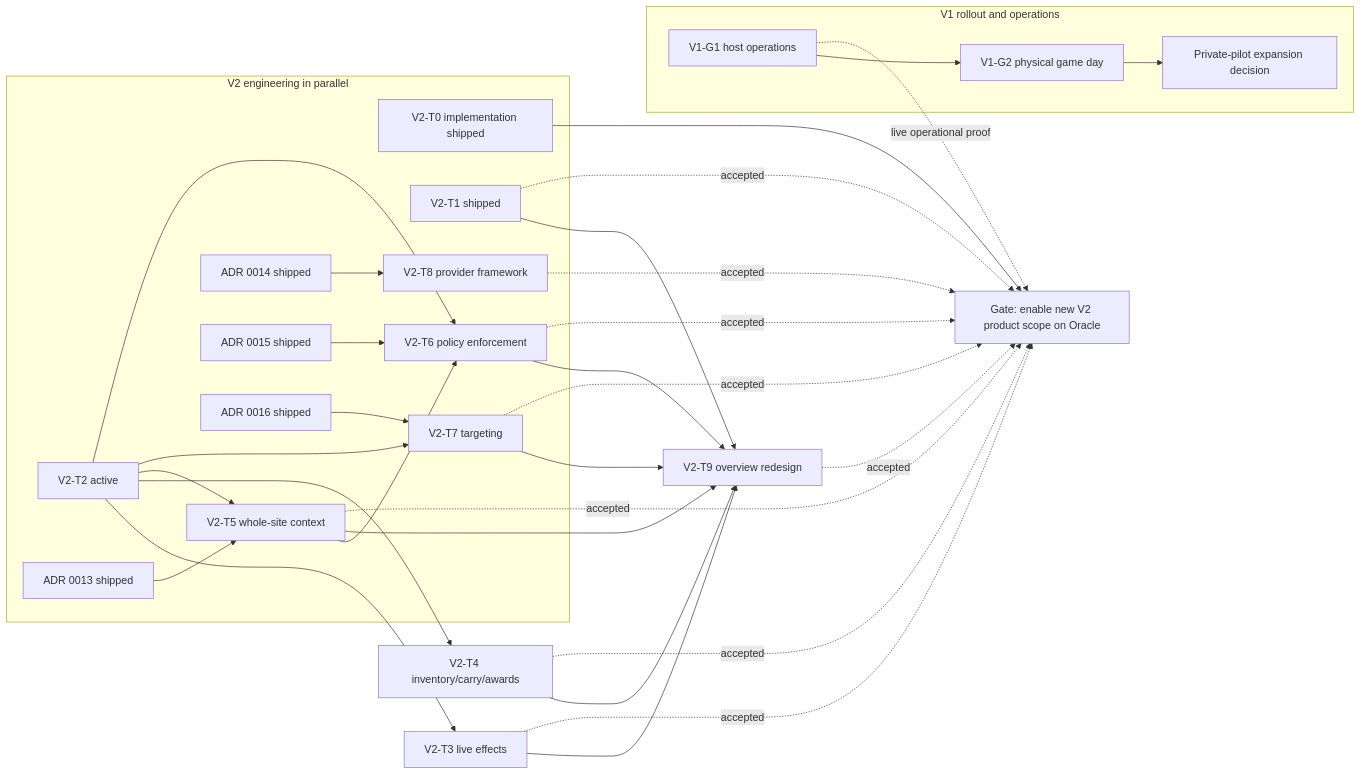
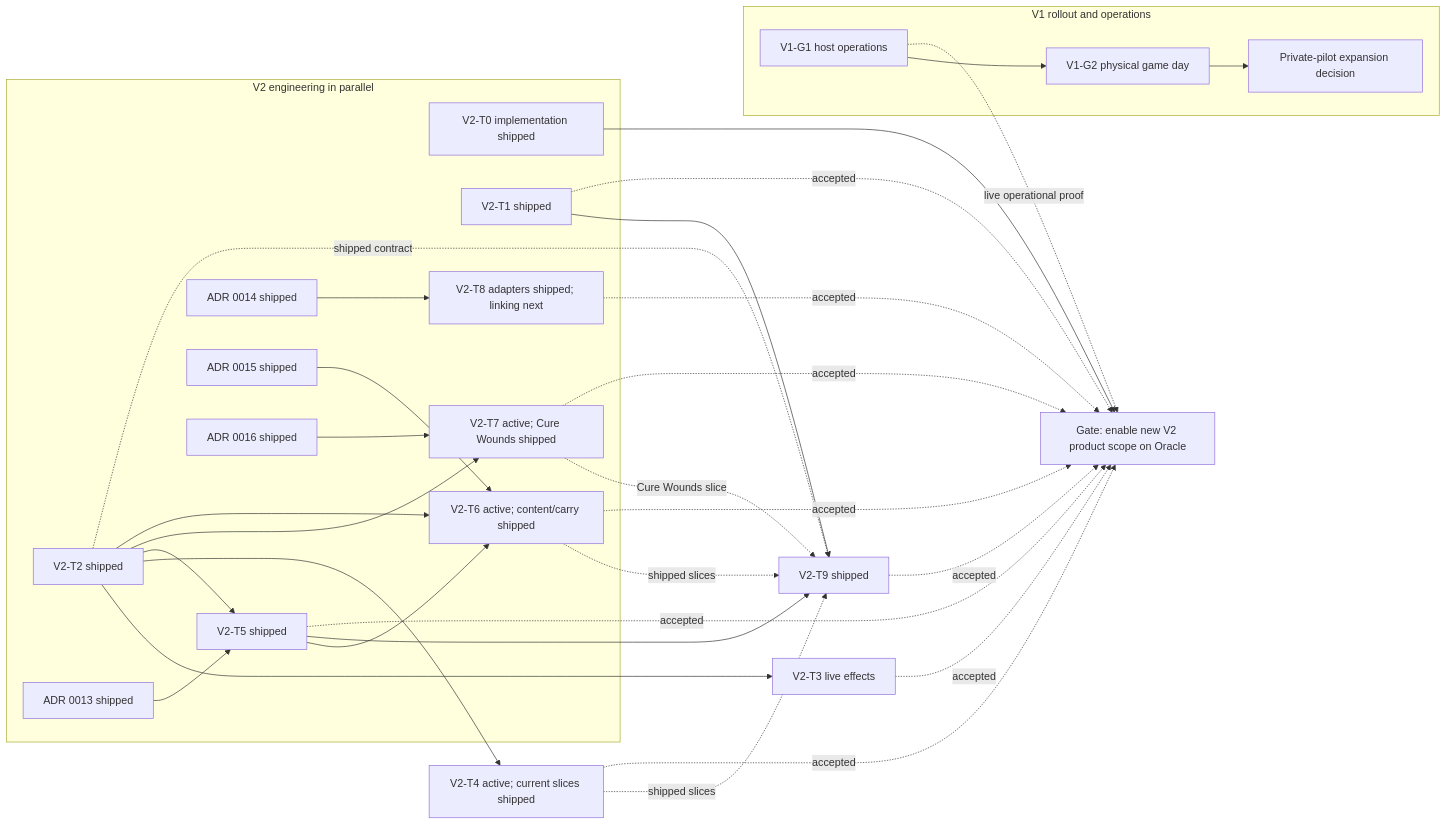
The diagram in docs/hub/roadmap.md (TrueMichato/ThelemarTools), drawn with Mermaid before and after one commit. The commit also changed other lines of this file and 10 other files, not shown here.

````diff
--- a/docs/hub/roadmap.md
+++ b/docs/hub/roadmap.md
@@ -453,38 +496,38 @@
 ```mermaid
 flowchart LR
   subgraph Rollout[V1 rollout and operations]
     G1[V1-G1 host operations] --> G2[V1-G2 physical game day]
     G2 --> GO[Private-pilot expansion decision]
   end
   subgraph Engineering[V2 engineering in parallel]
     T0[V2-T0 implementation shipped]
     T1[V2-T1 shipped]
-    T2[V2-T2 active]
-    P13[ADR 0013 shipped] --> T5[V2-T5 whole-site context]
-    P14[ADR 0014 shipped] --> T8[V2-T8 provider framework]
-    P15[ADR 0015 shipped] --> T6[V2-T6 policy enforcement]
-    P16[ADR 0016 shipped] --> T7[V2-T7 targeting]
+    T2[V2-T2 shipped]
+    P13[ADR 0013 shipped] --> T5[V2-T5 shipped]
+    P14[ADR 0014 shipped] --> T8[V2-T8 adapters shipped; linking next]
+    P15[ADR 0015 shipped] --> T6[V2-T6 active; content/carry shipped]
+    P16[ADR 0016 shipped] --> T7[V2-T7 active; Cure Wounds shipped]
   end
   T2 --> T3[V2-T3 live effects]
-  T2 --> T4[V2-T4 inventory/carry/awards]
+  T2 --> T4[V2-T4 active; current slices shipped]
   T2 --> T5
-  T2 --> T7[V2-T7 targeting]
+  T2 --> T7
   T5 --> T6
   T2 --> T6
-  T1 --> T9[V2-T9 overview redesign]
-  T3 --> T9
-  T4 --> T9
+  T1 --> T9[V2-T9 shipped]
+  T2 -. shipped contract .-> T9
+  T4 -. shipped slices .-> T9
   T5 --> T9
-  T6 --> T9
-  T7 --> T9
+  T6 -. shipped slices .-> T9
+  T7 -. Cure Wounds slice .-> T9
   T0 --> ENABLE[Gate: enable new V2 product scope on Oracle]
   T1 -. accepted .-> ENABLE
   T3 -. accepted .-> ENABLE
   T4 -. accepted .-> ENABLE
   T5 -. accepted .-> ENABLE
   T6 -. accepted .-> ENABLE
   T7 -. accepted .-> ENABLE
   T8 -. accepted .-> ENABLE
   T9 -. accepted .-> ENABLE
   G1 -. live operational proof .-> ENABLE
 ```
````
